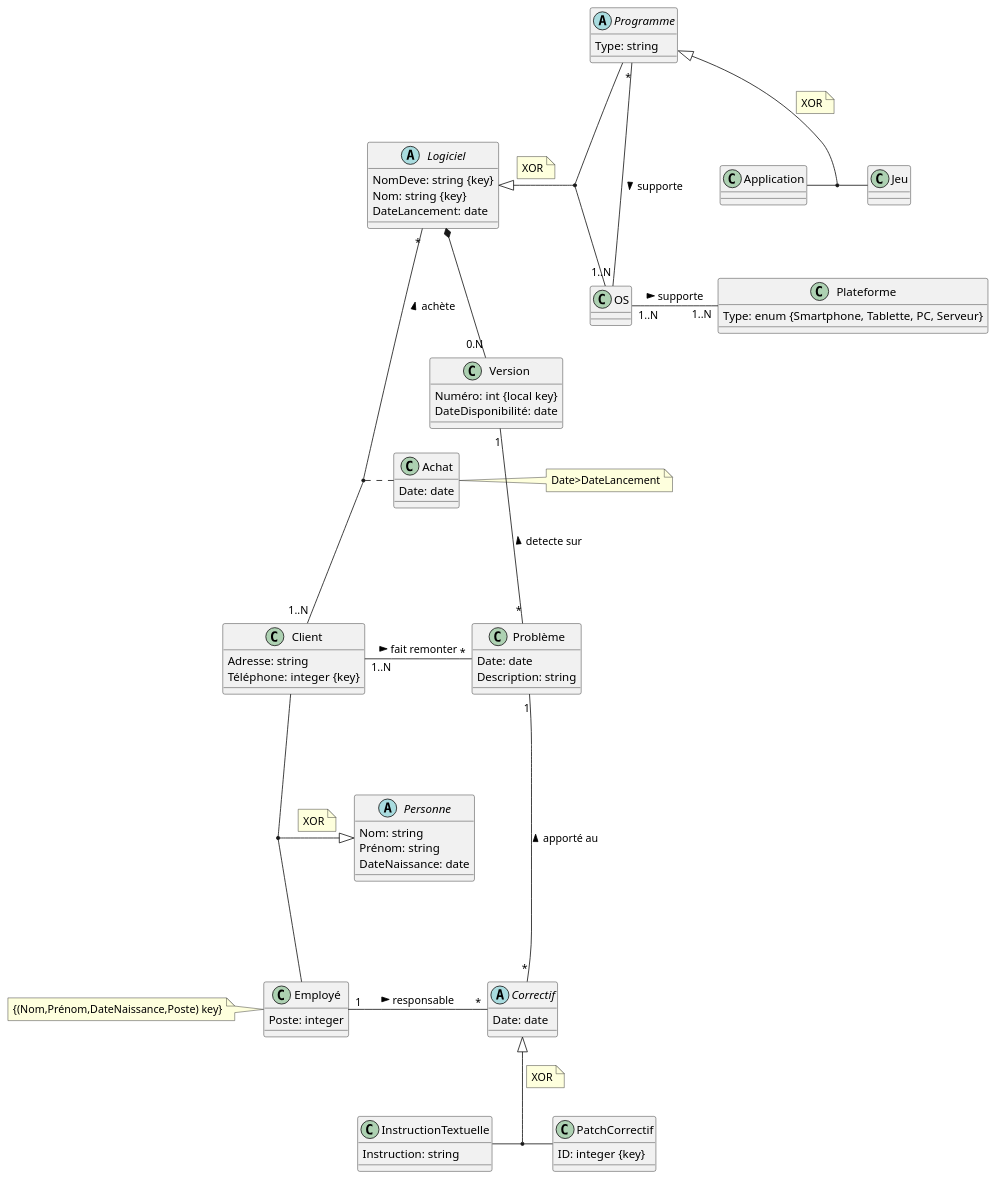
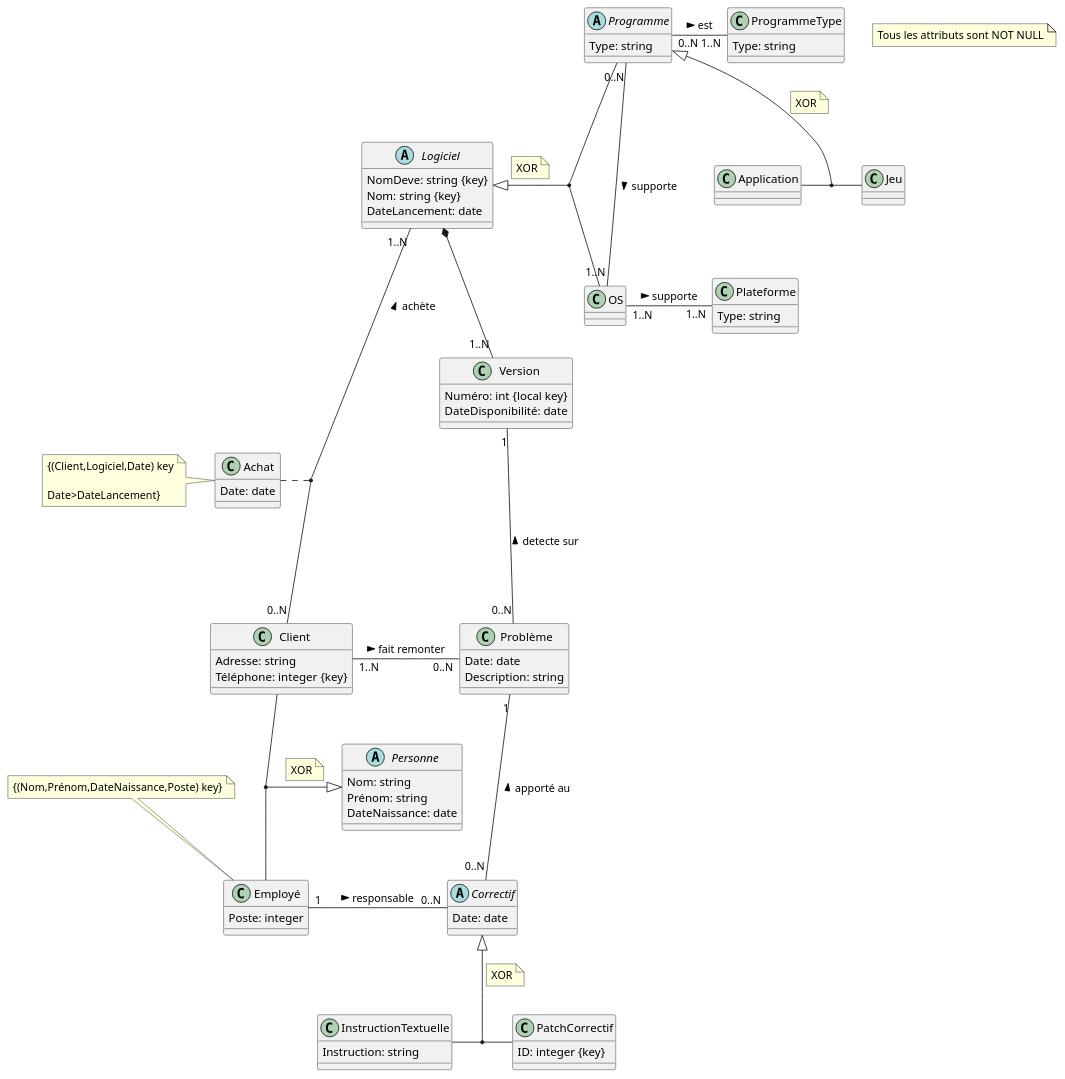
The diagram in UML files/UML.plantuml (theophaneDurand/Pear), drawn with PlantUML before and after one commit.

```diff
--- a/UML files/UML.plantuml
+++ b/UML files/UML.plantuml
@@ -1,83 +1,88 @@
 @startuml
-
+note "Tous les attributs sont NOT NULL" as N1
 abstract class Logiciel{
   NomDeve: string {key}
   Nom: string {key}
   DateLancement: date
 }
 class Version{
   Numéro: int {local key}
   DateDisponibilité: date
 }
 class Problème{
   Date: date
   Description: string
 }
 abstract class Correctif{
   Date: date
 }
 class InstructionTextuelle{
   Instruction: string
 }
 class PatchCorrectif{
   ID: integer {key}
 }
 abstract class Personne{
   Nom: string
   Prénom: string
   DateNaissance: date
 }
+abstract class Personne
 class Employé{
   Poste: integer
 }
 class Employé
-note left: {(Nom,Prénom,DateNaissance,Poste) key}
+note top: {(Nom,Prénom,DateNaissance,Poste) key}
 class Client{
   Adresse: string
   Téléphone: integer {key}
 }
 class Achat{
   Date: date
 }
 class Achat
-note right: Date>DateLancement
+note LEFT: {(Client,Logiciel,Date) key\n\nDate>DateLancement}
 class OS
 abstract class Programme{
   Type: string
 }
 class Application
 class Jeu
 class Plateforme{
-  Type: enum {Smartphone, Tablette, PC, Serveur}
+  Type: string
 }
-Client--- Employé
-(Client, Employé) --|> Personne
+class ProgrammeType{
+  Type: string
+}
+
+Client-- Employé
+Personne <|-- (Client, Employé)
 note top on link
 XOR
 end note
-
-Employé "1" -"*" Correctif: responsable >
+Employé "1" -"0..N" Correctif: responsable >
 InstructionTextuelle - PatchCorrectif
 Correctif <|-- (InstructionTextuelle,PatchCorrectif)
 note right on link
 XOR
 end note
-Client "1..N" - "*" Problème: fait remonter >
-Problème "1" ---"*" Correctif: apporté au <
-Version "1"---"*" Problème : detecte sur <
-Logiciel *-- "0.N" Version
-Logiciel "*" ---"1..N"Client : achète <
+Client "1..N" - "0..N" Problème: fait remonter >
+Problème "1" ---"0..N" Correctif: apporté au <
+Version "1"---"0..N" Problème : detecte sur <
+Logiciel *-- "1..N" Version
+Logiciel "1..N" ---"0..N"Client : achète <
 Achat..(Client,Logiciel)
 Logiciel <|-- (Programme,OS)
 note right on link
 XOR
 end note
-Programme "*"---"1..N" OS: supporte >
+Programme "0..N"---"1..N" OS: supporte >
 OS "1..N"-"1..N" Plateforme: supporte >
 Application-Jeu
 Programme <|-- (Application,Jeu)
 note right on link
 XOR
 end note
+Programme "0..N" - "1..N" ProgrammeType: est >
 
 @enduml
```
